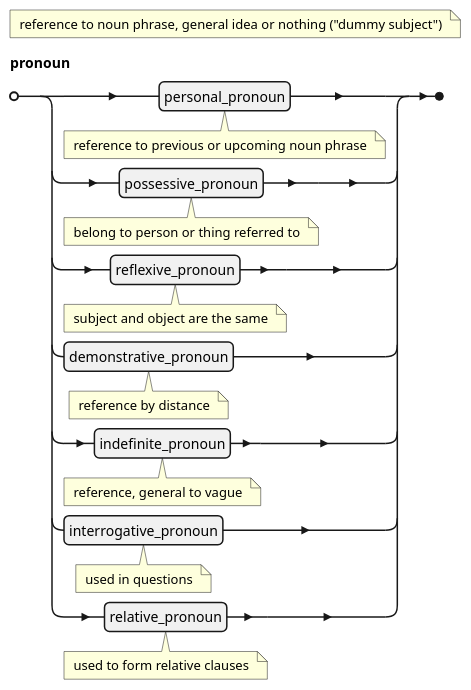
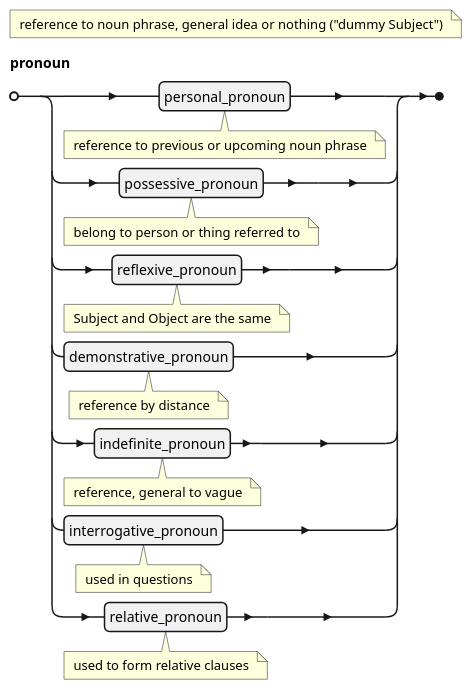
The seventh of 11 diagrams in content/en/docs/Reference/english.md (ChristineTham/buddhavacana), drawn with PlantUML before and after one commit. The commit also changed other lines of this file, not shown here.

````diff
--- a/content/en/docs/Reference/english.md
+++ b/content/en/docs/Reference/english.md
@@ -120,12 +125,12 @@
 ```plantuml
 @startebnf
-(* reference to noun phrase, general idea or nothing ("dummy subject") *)
+(* reference to noun phrase, general idea or nothing ("dummy Subject") *)
 pronoun = personal_pronoun (* reference to previous or upcoming noun phrase *) |
   possessive_pronoun (* belong to person or thing referred to *) |
-  reflexive_pronoun (* subject and object are the same *) |
+  reflexive_pronoun (* Subject and Object are the same *) |
   demonstrative_pronoun (* reference by distance *) |
   indefinite_pronoun (* reference, general to vague *) |
   interrogative_pronoun (* used in questions *) |
   relative_pronoun (* used to form relative clauses *) ;
 @endebnf
 ```
````
